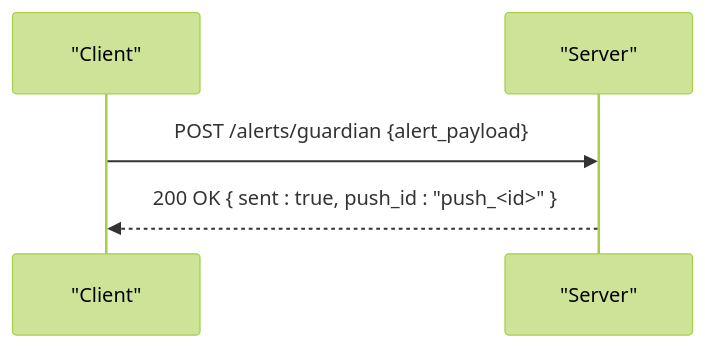
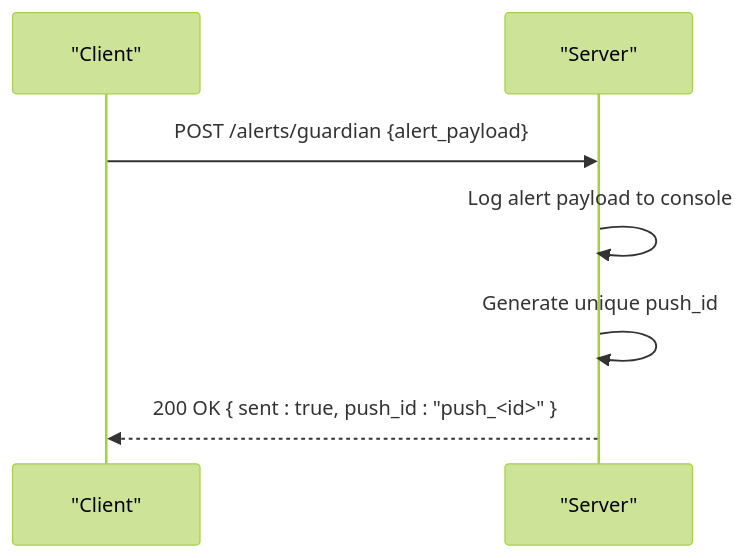
The fifth of 6 diagrams in .qoder/repowiki/en/content/API Reference/API Reference.md (cyberNoman/Safe-Pakistan), drawn with Mermaid (forest theme) before and after one commit. The commit also changed other lines of this file and 52 other files, not shown here.

````diff
--- a/.qoder/repowiki/en/content/API Reference/API Reference.md
+++ b/.qoder/repowiki/en/content/API Reference/API Reference.md
@@ -211,7 +267,9 @@
 ```mermaid
 sequenceDiagram
 participant C as "Client"
 participant S as "Server"
 C->>S : POST /alerts/guardian {alert_payload}
+S->>S : Log alert payload to console
+S->>S : Generate unique push_id
 S-->>C : 200 OK { sent : true, push_id : "push_<id>" }
 ```
````
